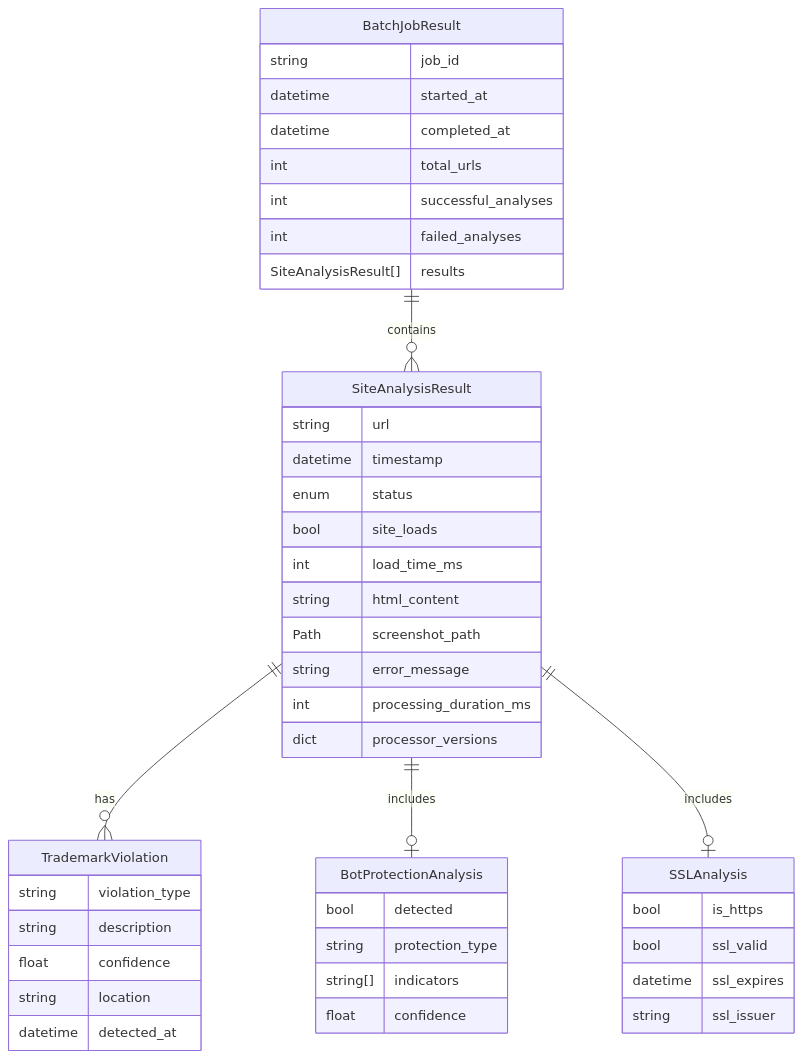
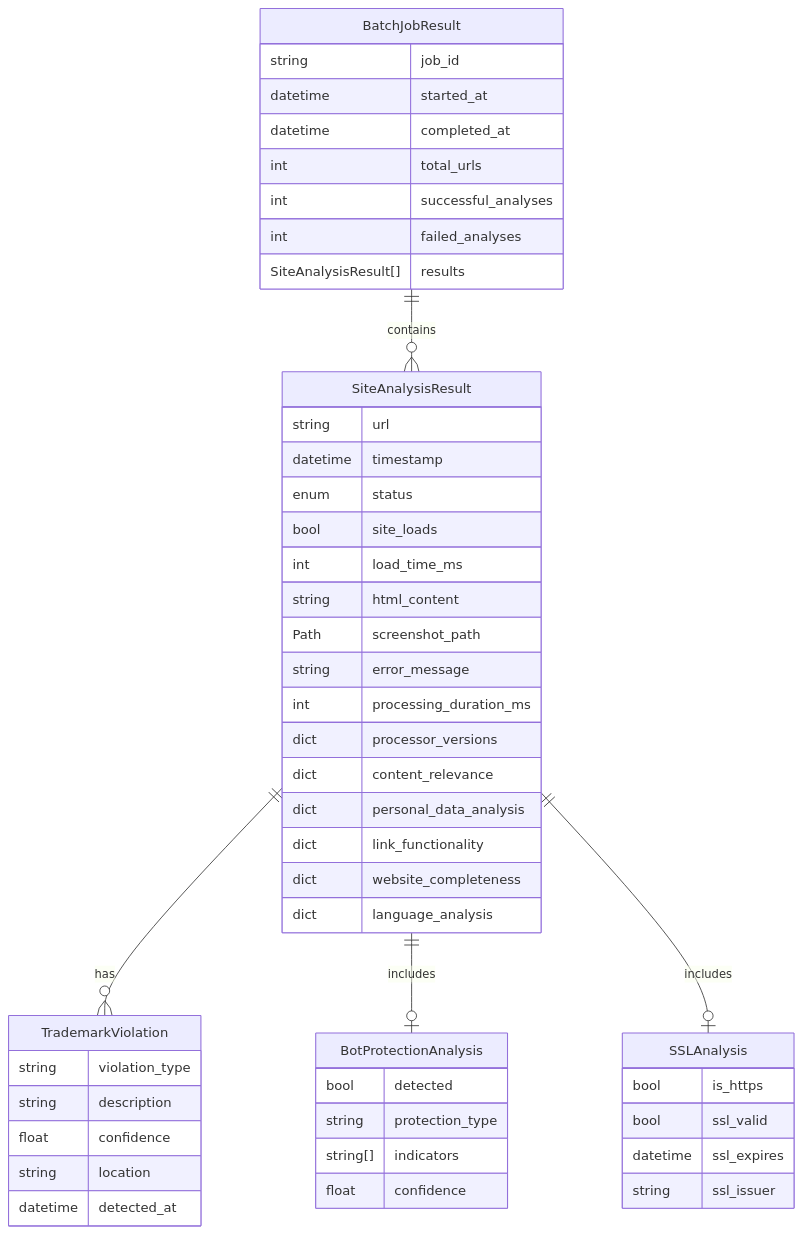
Before and after one commit to garrywilliams/site-analyser: the third of 3 diagrams in README.md, drawn with Mermaid. The commit also changed other lines of this file and 10 other files, not shown here.

````diff
--- a/README.md
+++ b/README.md
@@ -258,52 +301,57 @@
 ```mermaid
 erDiagram
     BatchJobResult {
         string job_id
         datetime started_at
         datetime completed_at
         int total_urls
         int successful_analyses
         int failed_analyses
         SiteAnalysisResult[] results
     }
     
     SiteAnalysisResult {
         string url
         datetime timestamp
         enum status
         bool site_loads
         int load_time_ms
         string html_content
         Path screenshot_path
         string error_message
         int processing_duration_ms
         dict processor_versions
+        dict content_relevance
+        dict personal_data_analysis
+        dict link_functionality
+        dict website_completeness
+        dict language_analysis
     }
     
     TrademarkViolation {
         string violation_type
         string description
         float confidence
         string location
         datetime detected_at
     }
     
     BotProtectionAnalysis {
         bool detected
         string protection_type
         string[] indicators
         float confidence
     }
     
     SSLAnalysis {
         bool is_https
         bool ssl_valid
         datetime ssl_expires
         string ssl_issuer
     }
     
     BatchJobResult ||--o{ SiteAnalysisResult : contains
     SiteAnalysisResult ||--o{ TrademarkViolation : has
     SiteAnalysisResult ||--o| BotProtectionAnalysis : includes
     SiteAnalysisResult ||--o| SSLAnalysis : includes
 ```
````
